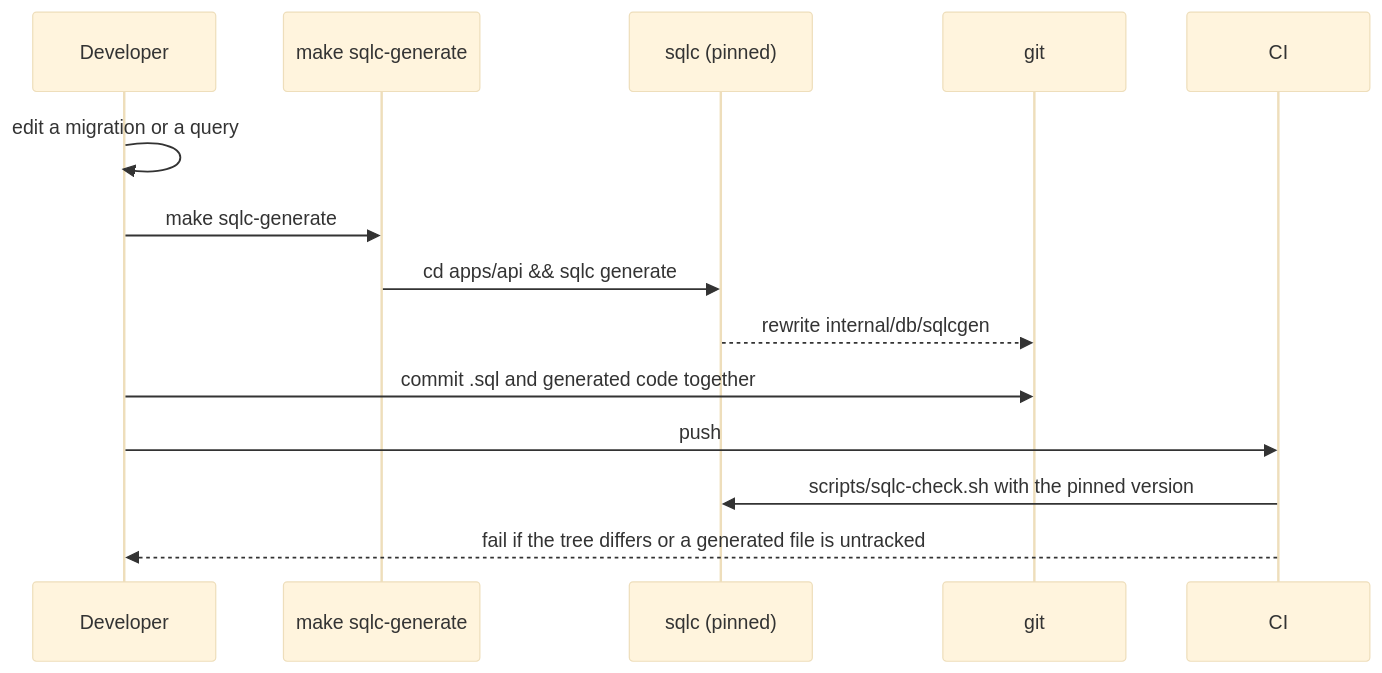
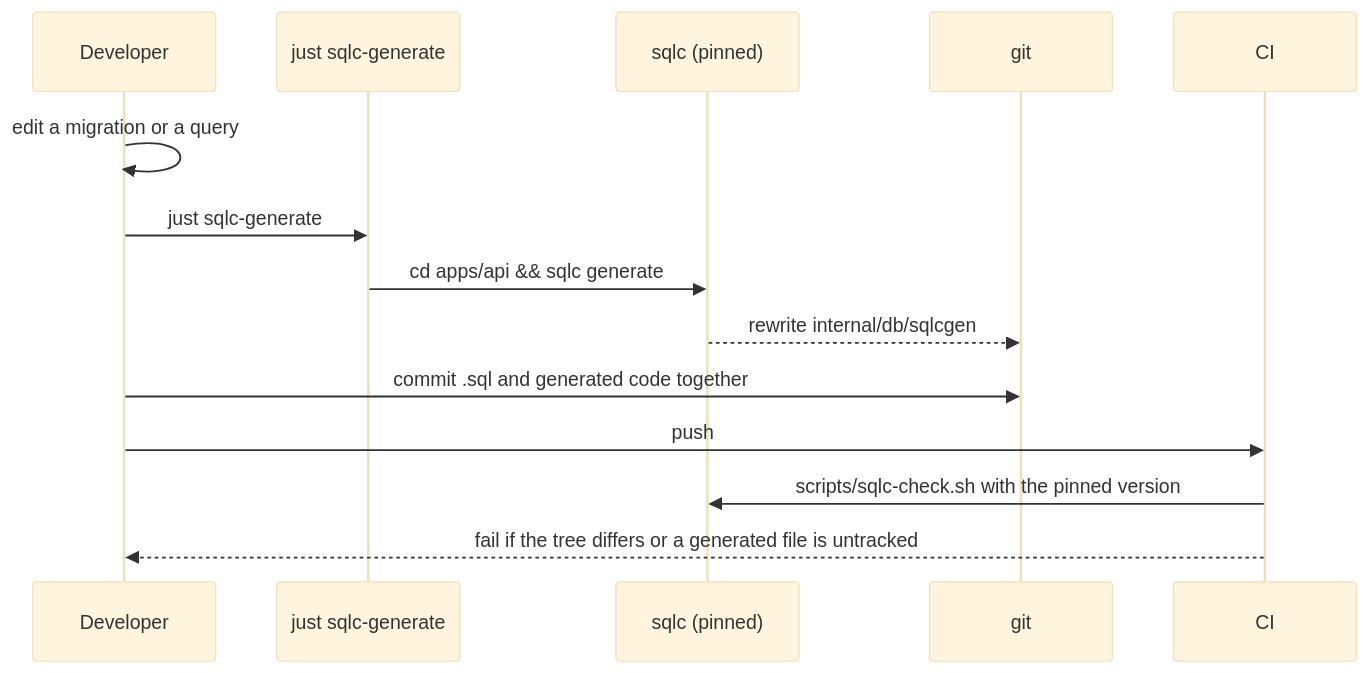
One commit to nonamecat19/job-finder changed the third of 3 diagrams in docs/docs/data/queries-and-sqlc.md. Above: the diagram before and after it, drawn with Mermaid (base theme). The commit also changed other lines of this file and 26 other files, not shown here.

````diff
--- a/docs/docs/data/queries-and-sqlc.md
+++ b/docs/docs/data/queries-and-sqlc.md
@@ -124,16 +124,16 @@
 ```mermaid
 sequenceDiagram
     participant D as Developer
-    participant MK as make sqlc-generate
+    participant MK as just sqlc-generate
     participant SQ as sqlc (pinned)
     participant G as git
     participant CI
     D->>D: edit a migration or a query
-    D->>MK: make sqlc-generate
+    D->>MK: just sqlc-generate
     MK->>SQ: cd apps/api && sqlc generate
     SQ-->>G: rewrite internal/db/sqlcgen
     D->>G: commit .sql and generated code together
     D->>CI: push
     CI->>SQ: scripts/sqlc-check.sh with the pinned version
     CI-->>D: fail if the tree differs or a generated file is untracked
 ```
````
